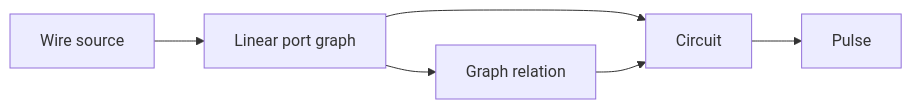
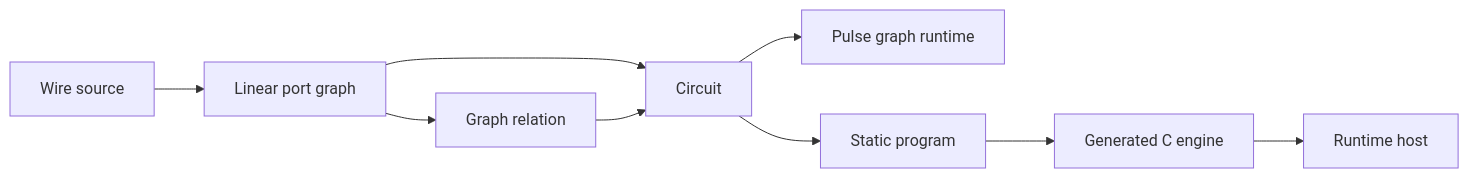
The diagram in docs/Architecture/04-graph-and-circuit.md (Digimuoto/cortex), drawn with Mermaid before and after one commit. The commit also changed other lines of this file and 57 other files, not shown here.

Commit message:
feat(pulse): host compiled circuit executables

````diff
--- a/docs/Architecture/04-graph-and-circuit.md
+++ b/docs/Architecture/04-graph-and-circuit.md
@@ -33,8 +34,11 @@
 ```mermaid
 flowchart LR
     W[Wire source] --> L[Linear port graph]
     L --> G[Graph relation]
     L --> C[Circuit]
     G --> C
-    C --> P[Pulse]
+    C --> P[Pulse graph runtime]
+    C --> S[Static program]
+    S --> E[Generated C engine]
+    E --> H[Runtime host]
 ```
````
